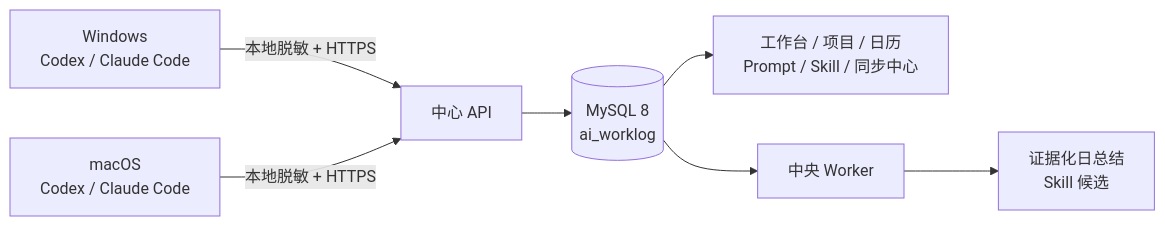
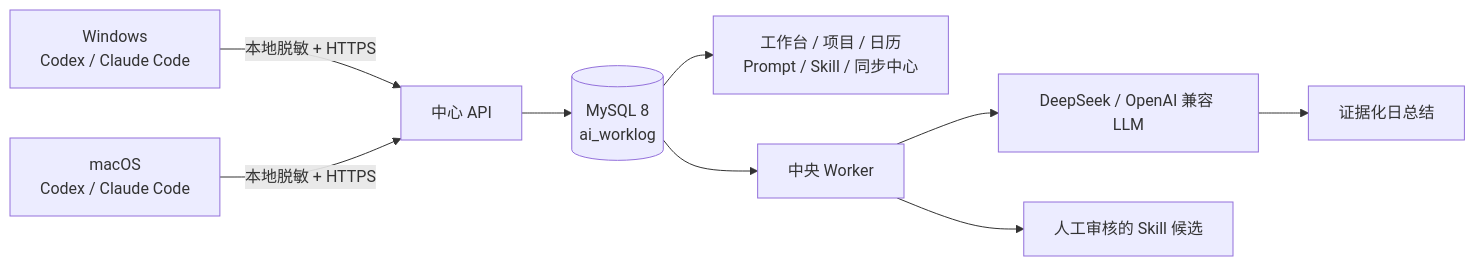
The diagram in README.md (bjz001/ai-worklog), drawn with Mermaid before and after one commit. The commit also changed other lines of this file and 61 other files, not shown here.

````diff
--- a/README.md
+++ b/README.md
@@ -5,9 +5,11 @@
 ```mermaid
 flowchart LR
   W["Windows<br/>Codex / Claude Code"] -->|"本地脱敏 + HTTPS"| A["中心 API"]
   M["macOS<br/>Codex / Claude Code"] -->|"本地脱敏 + HTTPS"| A
   A --> D[("MySQL 8<br/>ai_worklog")]
   D --> U["工作台 / 项目 / 日历<br/>Prompt / Skill / 同步中心"]
   D --> K["中央 Worker"]
-  K --> S["证据化日总结<br/>Skill 候选"]
+  K --> L["DeepSeek / OpenAI 兼容 LLM"]
+  L --> S["证据化日总结"]
+  K --> S2["人工审核的 Skill 候选"]
 ```
````
